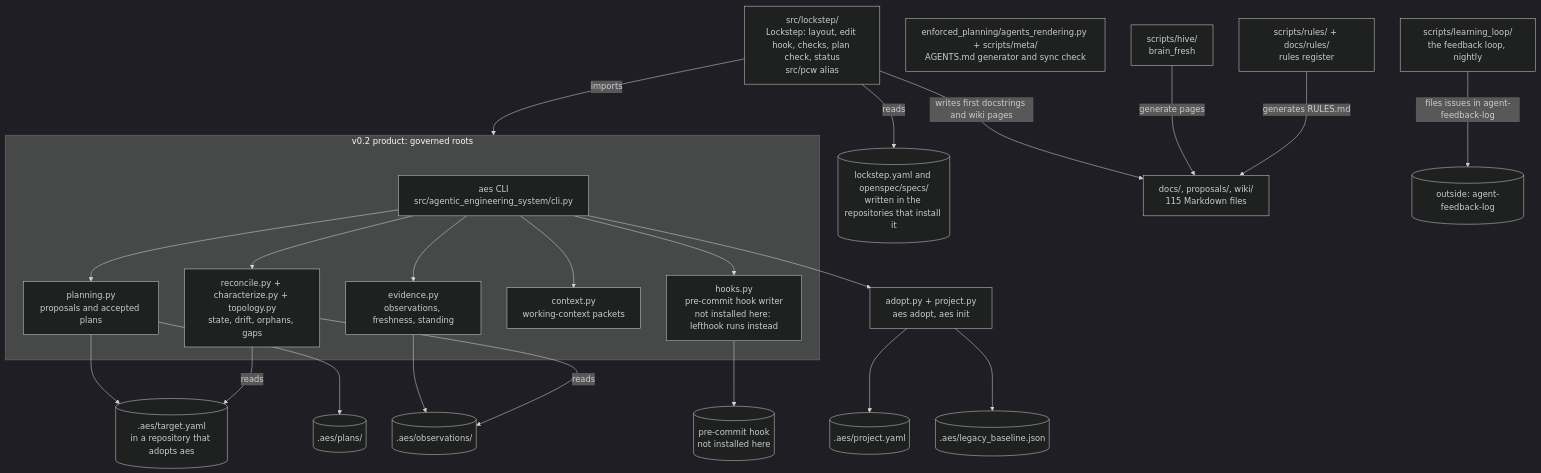
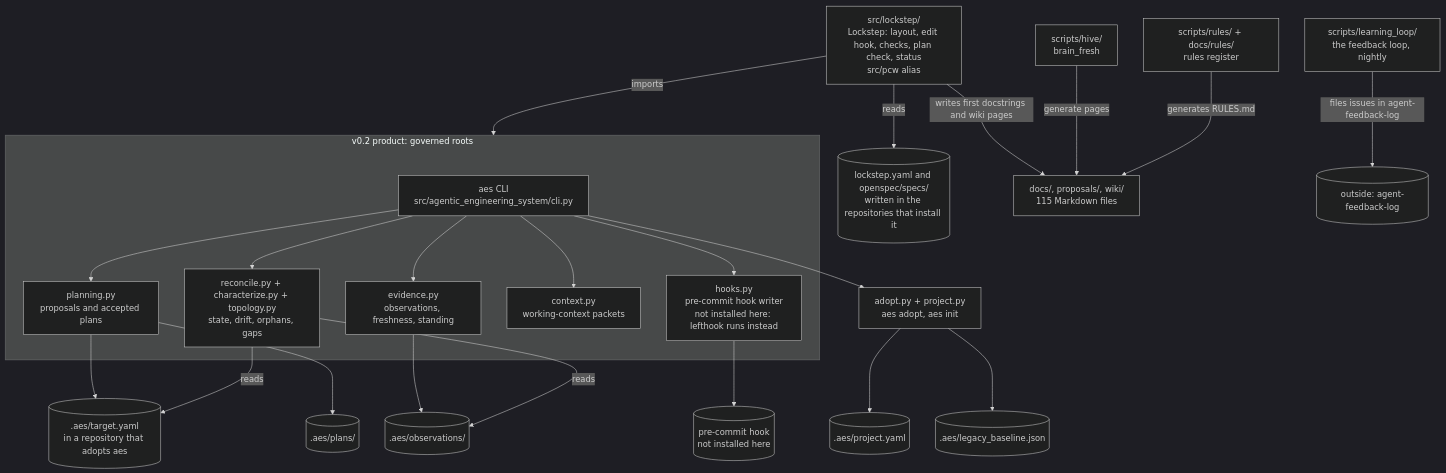
One commit to BrianMills2718/agentic-engineering-system-canonical changed the second of 2 diagrams in docs/planning/SYSTEM_MODEL.md. Above: the diagram before and after it, drawn with Mermaid (dark theme). The commit also changed 20 other files, not shown here.

First line of the commit message:
Retire the AES AGENTS.md generator; detect stale stored receipts (Q38, Q40)

````diff
--- a/docs/planning/SYSTEM_MODEL.md
+++ b/docs/planning/SYSTEM_MODEL.md
@@ -60,41 +60,40 @@
 ```mermaid
 flowchart TB
   subgraph v02[v0.2 product: governed roots]
     cli[aes CLI<br/>src/agentic_engineering_system/cli.py]
     plan[planning.py<br/>proposals and accepted plans]
     ev[evidence.py<br/>observations, freshness, standing]
     rec[reconcile.py + characterize.py + topology.py<br/>state, drift, orphans, gaps]
     ctx[context.py<br/>working-context packets]
     hk[hooks.py<br/>pre-commit hook writer<br/>not installed here: lefthook runs instead]
   end
   ls[src/lockstep/<br/>Lockstep: layout, edit hook, checks, plan check, status<br/>src/pcw alias]
   lsy[(lockstep.yaml and openspec/specs/<br/>written in the repositories that install it)]
-  ag[enforced_planning/agents_rendering.py + scripts/meta/<br/>AGENTS.md generator and sync check]
   ll[scripts/learning_loop/<br/>the feedback loop, nightly]
   rr[scripts/rules/ + docs/rules/<br/>rules register]
   scr[scripts/hive/<br/>brain_fresh]
   docs[docs/, proposals/, wiki/<br/>115 Markdown files]
   t[(.aes/target.yaml<br/>in a repository that adopts aes)]
   o[(.aes/observations/)]
   p[(.aes/plans/)]
   g[(pre-commit hook<br/>not installed here)]
   pj[(.aes/project.yaml)]
   lb[(.aes/legacy_baseline.json)]
   ad[adopt.py + project.py<br/>aes adopt, aes init]
   cli --> plan --> t
   plan --> p
   cli --> ev --> o
   cli --> rec
   rec -->|reads| t
   rec -->|reads| o
   cli --> ctx
   cli --> hk --> g
   cli --> ad --> pj
   ad --> lb
   ls -->|reads| lsy
   ls -->|imports| v02
   ls -->|writes first docstrings and wiki pages| docs
   scr -->|generate pages| docs
   rr -->|generates RULES.md| docs
   ll -->|files issues in agent-feedback-log| out[(outside: agent-feedback-log)]
 ```
````
